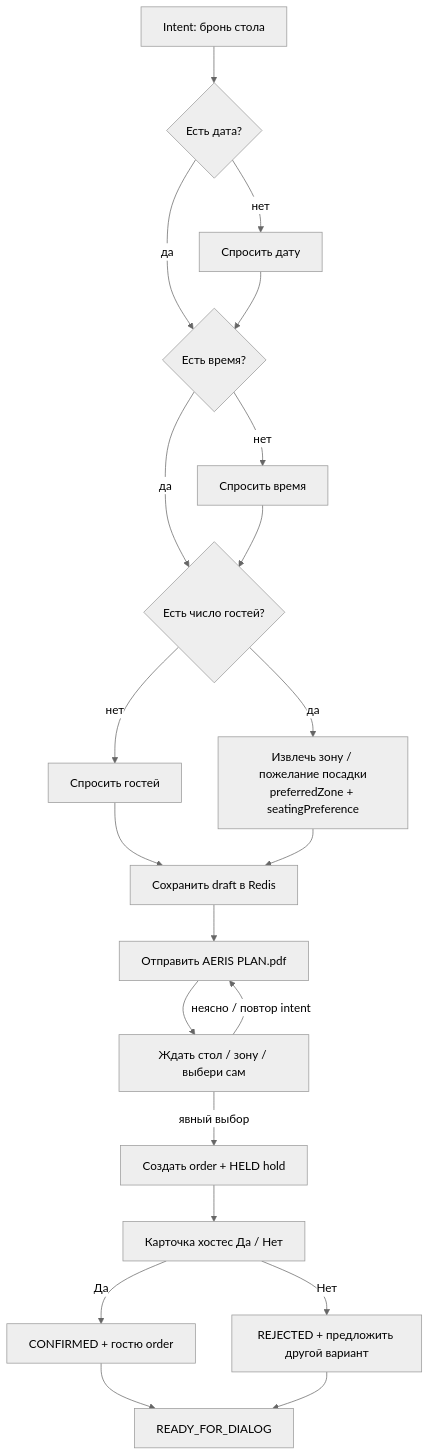
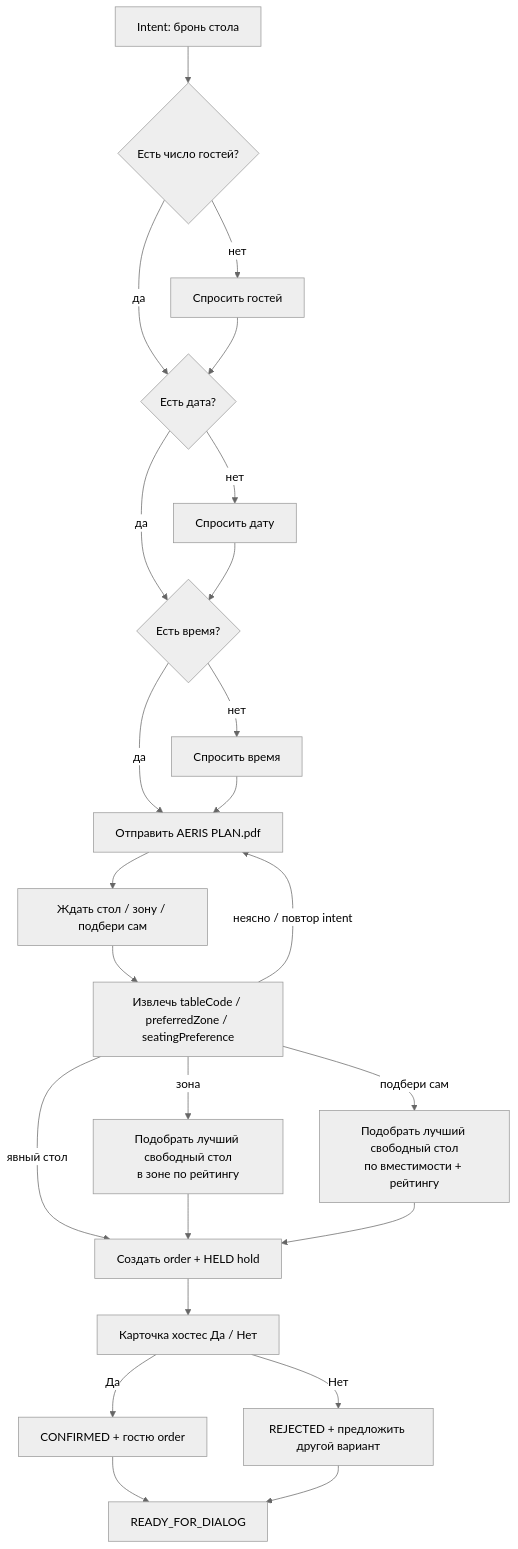
One commit to michaelwelly/Astor_Butler_MVP changed the eighth of 21 diagrams in docs/fsm/FSM_SCENARIOS.md. Above: the diagram before and after it, drawn with Mermaid (neutral theme). The commit also changed other lines of this file and 68 other files, not shown here.

````diff
--- a/docs/fsm/FSM_SCENARIOS.md
+++ b/docs/fsm/FSM_SCENARIOS.md
@@ -604,23 +617,26 @@
 ```mermaid
 flowchart TD
-    Start["Intent: бронь стола"] --> Date{"Есть дата?"}
+    Start["Intent: бронь стола"] --> Party{"Есть число гостей?"}
+    Party -- "нет" --> AskParty["Спросить гостей"]
+    Party -- "да" --> Date{"Есть дата?"}
+    AskParty --> Date
     Date -- "нет" --> AskDate["Спросить дату"]
     Date -- "да" --> Time{"Есть время?"}
     AskDate --> Time
     Time -- "нет" --> AskTime["Спросить время"]
-    Time -- "да" --> Party{"Есть число гостей?"}
-    AskTime --> Party
-    Party -- "нет" --> AskParty["Спросить гостей"]
-    Party -- "да" --> Preference["Извлечь зону / пожелание посадки<br/>preferredZone + seatingPreference"]
-    AskParty --> Draft
-    Preference --> Draft["Сохранить draft в Redis"]
-    Draft --> Plan["Отправить AERIS PLAN.pdf"]
-    Plan --> Select["Ждать стол / зону / выбери сам"]
-    Select -- "явный выбор" --> Order["Создать order + HELD hold"]
-    Select -- "неясно / повтор intent" --> Plan
+    Time -- "да" --> Plan["Отправить AERIS PLAN.pdf"]
+    AskTime --> Plan
+    Plan --> Select["Ждать стол / зону / подбери сам"]
+    Select --> Interpret["Извлечь tableCode / preferredZone / seatingPreference"]
+    Interpret -- "явный стол" --> Order["Создать order + HELD hold"]
+    Interpret -- "зона" --> ZonePick["Подобрать лучший свободный стол<br/>в зоне по рейтингу"]
+    Interpret -- "подбери сам" --> AutoPick["Подобрать лучший свободный стол<br/>по вместимости + рейтингу"]
+    Interpret -- "неясно / повтор intent" --> Plan
+    ZonePick --> Order
+    AutoPick --> Order
     Order --> Hostess["Карточка хостес Да / Нет"]
     Hostess -- "Да" --> Confirm["CONFIRMED + гостю order"]
     Hostess -- "Нет" --> Reject["REJECTED + предложить другой вариант"]
     Confirm --> Home["READY_FOR_DIALOG"]
     Reject --> Home
 ```
````
